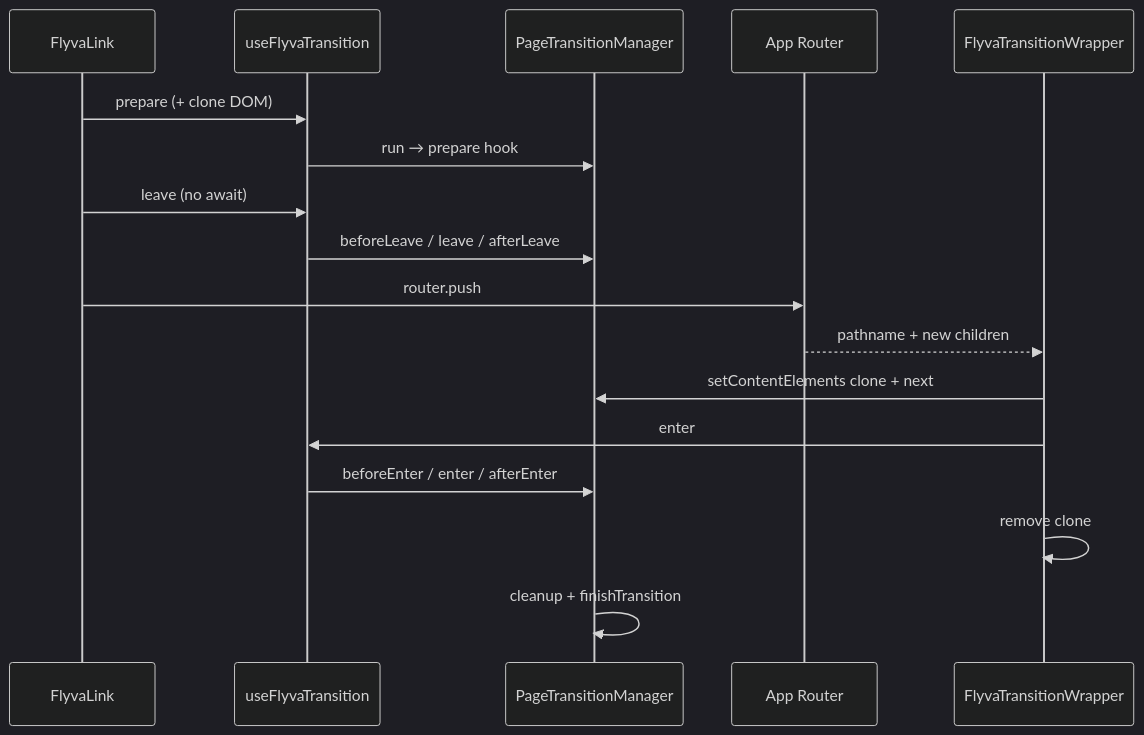
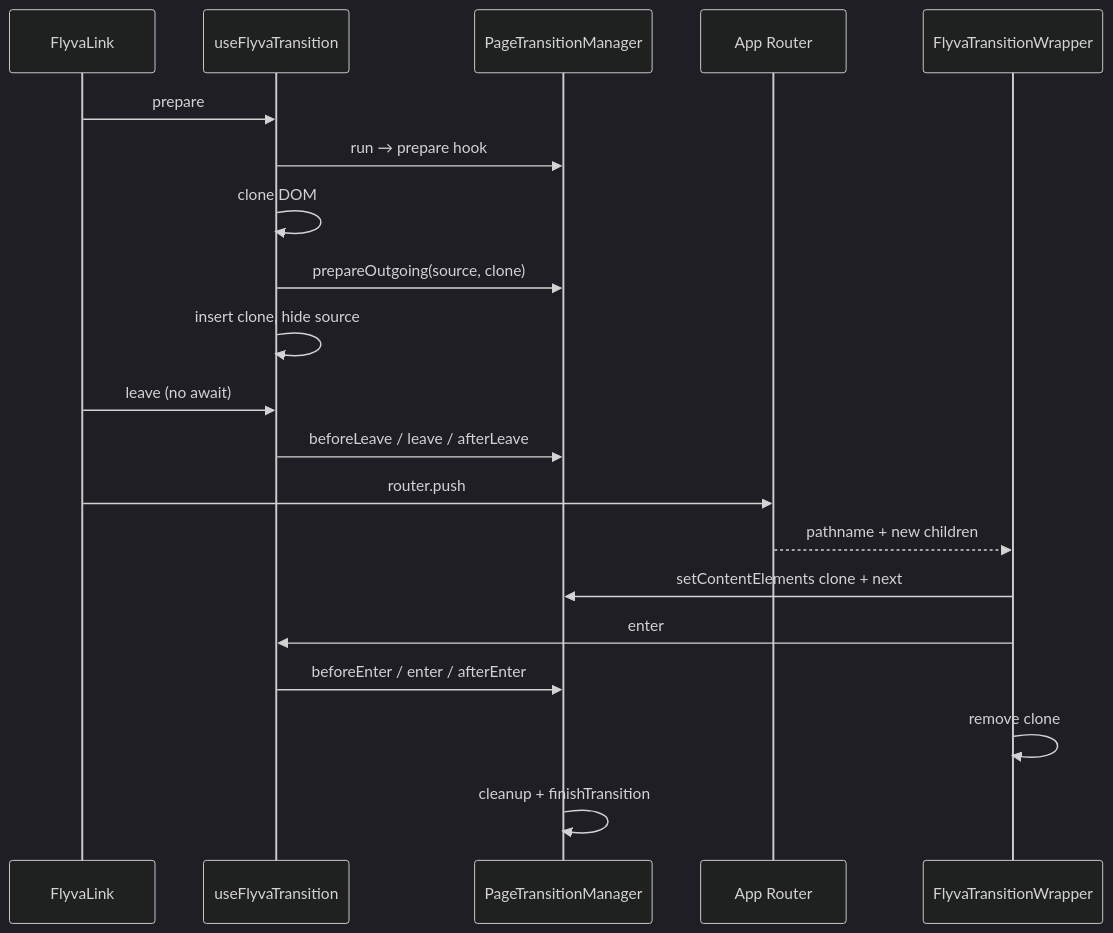
Before and after one commit to owlsdepartment/flyva: the third of 4 diagrams in docs/guide/next/transition-modes.md, drawn with Mermaid (dark theme). The commit also changed other lines of this file and 23 other files, not shown here.

First line of the commit message:
feat(shared): add prepareOutgoing hooks and freeze helpers

````diff
--- a/docs/guide/next/transition-modes.md
+++ b/docs/guide/next/transition-modes.md
@@ -111,20 +111,23 @@
 ```mermaid
 sequenceDiagram
   participant L as FlyvaLink
   participant T as useFlyvaTransition
   participant M as PageTransitionManager
   participant R as App Router
   participant W as FlyvaTransitionWrapper
 
-  L->>T: prepare (+ clone DOM)
+  L->>T: prepare
   T->>M: run → prepare hook
+  T->>T: clone DOM
+  T->>M: prepareOutgoing(source, clone)
+  T->>T: insert clone, hide source
   L->>T: leave (no await)
   T->>M: beforeLeave / leave / afterLeave
   L->>R: router.push
   R-->>W: pathname + new children
   W->>M: setContentElements clone + next
   W->>T: enter
   T->>M: beforeEnter / enter / afterEnter
   W->>W: remove clone
   M->>M: cleanup + finishTransition
 ```
````
